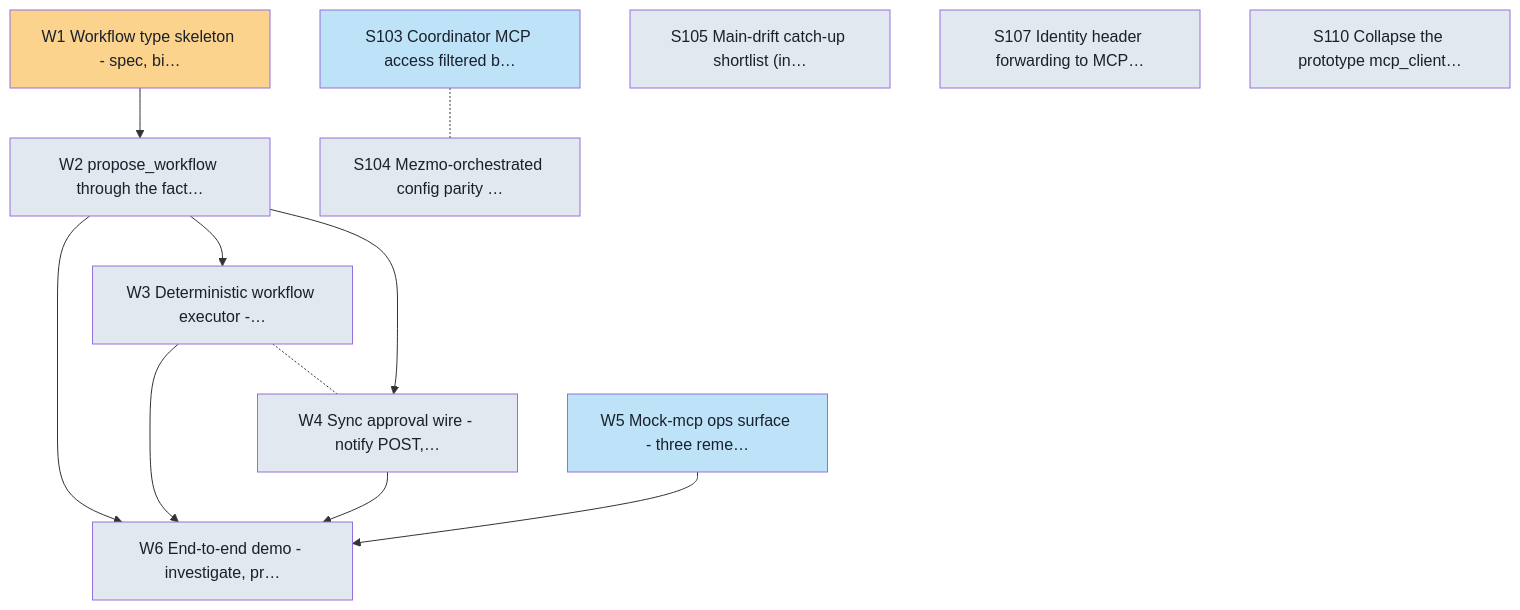
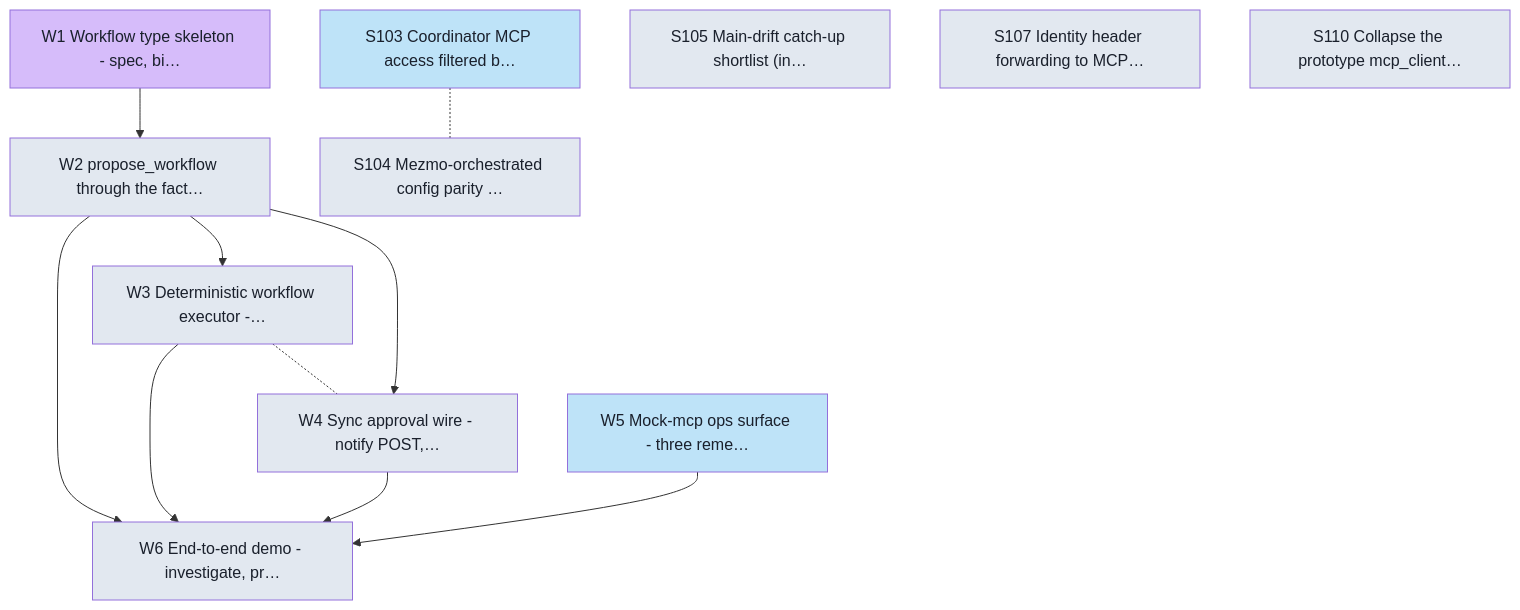
Before and after one commit to Shearerbeard/agent-driver-prototype: the diagram in docs/board/cards/graph.md, drawn with Mermaid. The commit also changed 3 other files, not shown here.

````diff
--- a/docs/board/cards/graph.md
+++ b/docs/board/cards/graph.md
@@ -8,28 +8,28 @@
 ```mermaid
 flowchart TD
   classDef backlog fill:#e2e8f0,color:#1a202c;
   classDef ready fill:#bee3f8,color:#1a202c;
   classDef inprogress fill:#fbd38d,color:#1a202c;
   classDef inreview fill:#d6bcfa,color:#1a202c;
   classDef done fill:#c6f6d5,color:#1a202c;
-  W1["W1 Workflow type skeleton - spec, bi…"]:::inprogress
+  W1["W1 Workflow type skeleton - spec, bi…"]:::inreview
   W2["W2 propose_workflow through the fact…"]:::backlog
   W3["W3 Deterministic workflow executor -…"]:::backlog
   W4["W4 Sync approval wire - notify POST,…"]:::backlog
   W5["W5 Mock-mcp ops surface - three reme…"]:::ready
   W6["W6 End-to-end demo - investigate, pr…"]:::backlog
   S103["S103 Coordinator MCP access filtered b…"]:::ready
   S104["S104 Mezmo-orchestrated config parity …"]:::backlog
   S105["S105 Main-drift catch-up shortlist (in…"]:::backlog
   S107["S107 Identity header forwarding to MCP…"]:::backlog
   S110["S110 Collapse the prototype mcp_client…"]:::backlog
   W1 --> W2
   W2 --> W3
   W3 -.- W4
   W2 --> W4
   W2 --> W6
   W3 --> W6
   W4 --> W6
   W5 --> W6
   S103 -.- S104
 ```
````
